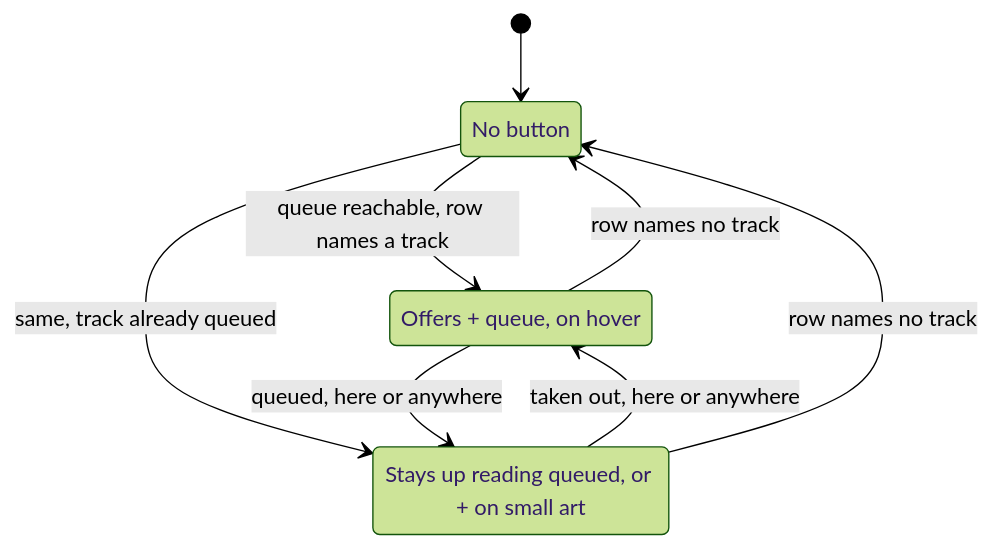
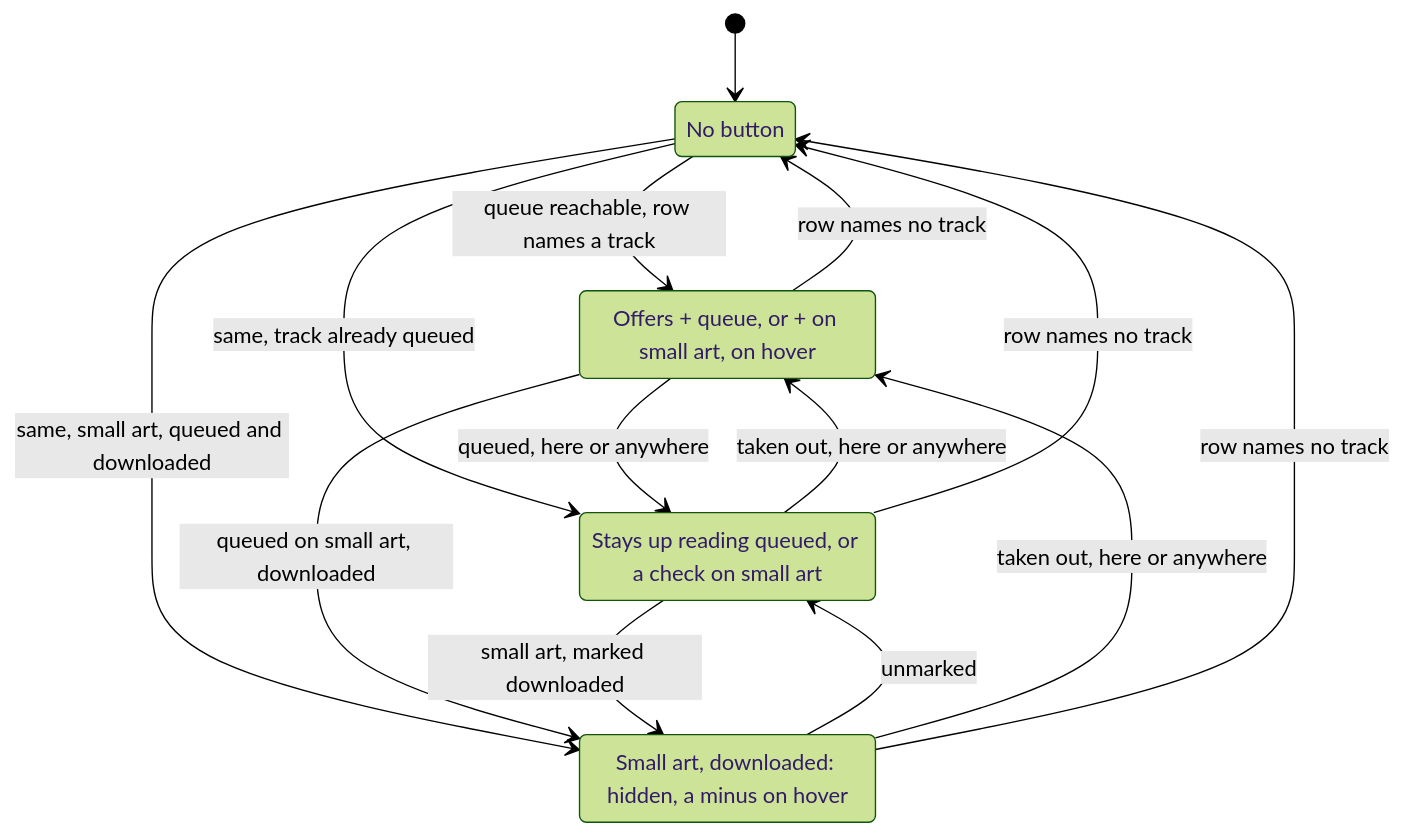
Before and after one commit to cutenode/localnetwork: the fourth of 11 diagrams in apps/localtoolbox/docs/diagrams/content-script.md, drawn with Mermaid (forest theme). The commit also changed other lines of this file and 4 other files, not shown here.

First line of the commit message:
docs(localtoolbox): bring the lookup, queue and downloader diagrams up to date

````diff
--- a/apps/localtoolbox/docs/diagrams/content-script.md
+++ b/apps/localtoolbox/docs/diagrams/content-script.md
@@ -101,13 +101,20 @@
 ```mermaid
 stateDiagram-v2
   state "No button" as Off
-  state "Offers + queue, on hover" as Offer
-  state "Stays up reading queued, or + on small art" as Queued
+  state "Offers + queue, or + on small art, on hover" as Offer
+  state "Stays up reading queued, or a check on small art" as Queued
+  state "Small art, downloaded: hidden, a minus on hover" as SmallDone
   [*] --> Off
   Off --> Offer: queue reachable, row names a track
   Off --> Queued: same, track already queued
+  Off --> SmallDone: same, small art, queued and downloaded
   Offer --> Queued: queued, here or anywhere
+  Offer --> SmallDone: queued on small art, downloaded
   Queued --> Offer: taken out, here or anywhere
+  Queued --> SmallDone: small art, marked downloaded
+  SmallDone --> Queued: unmarked
+  SmallDone --> Offer: taken out, here or anywhere
   Offer --> Off: row names no track
   Queued --> Off: row names no track
+  SmallDone --> Off: row names no track
 ```
````
